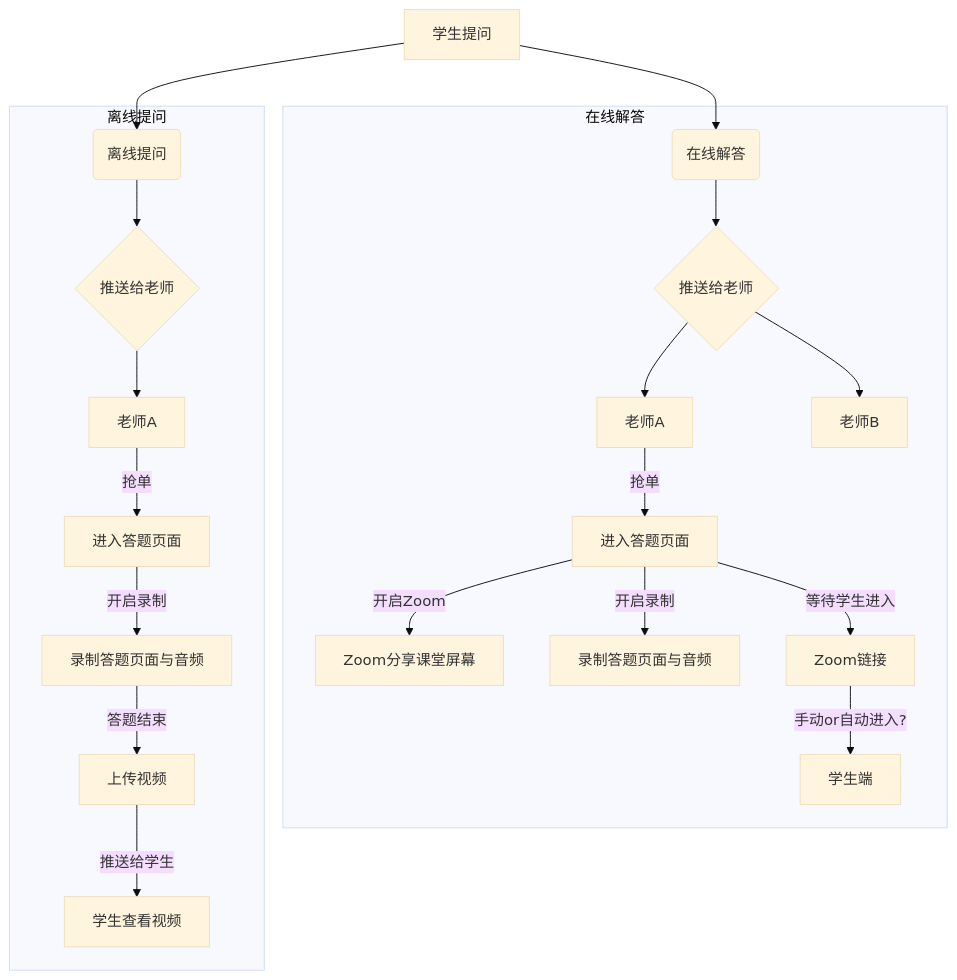
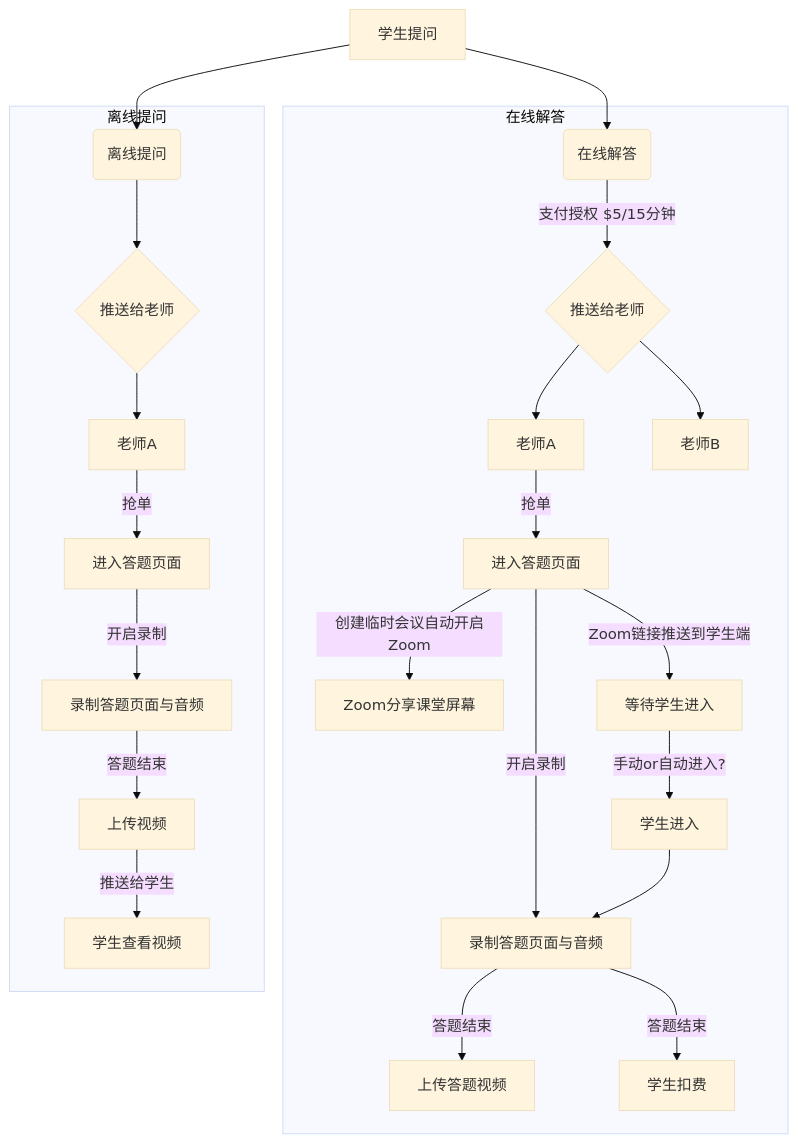
The diagram in main/ask.md (zran-nz/doc), drawn with Mermaid (base theme) before and after one commit. The commit also changed other lines of this file, not shown here.

````diff
--- a/main/ask.md
+++ b/main/ask.md
@@ -3,24 +27,27 @@
 ```mermaid
 graph TD
 A[学生提问] --> B(在线解答)
 A --> B2(离线提问)
 subgraph 在线解答
-B --> P{推送给老师}
+B -->|支付授权 $5/15分钟| P{推送给老师}
 P --> T1[老师A]
 P --> T2[老师B]
 T1 -->|抢单| C[进入答题页面]
-C -->|开启Zoom| Z[Zoom分享课堂屏幕]
+C -->|创建临时会议自动开启Zoom| Z[Zoom分享课堂屏幕]
+C -->|Zoom链接推送到学生端| Z3[等待学生进入]
+Z3 -->|手动or自动进入?| S1[学生进入]
 C -->|开启录制| Z2[录制答题页面与音频]
-C -->|等待学生进入| Z3[Zoom链接]
-Z3 -->|手动or自动进入?| S1[学生端]
+S1 --> Z2
+Z2 -->|答题结束| UpZ[上传答题视频]
+Z2 -->|答题结束| SPay[学生扣费]
 end
 
 subgraph 离线提问
 B2 --> P2{推送给老师}
 P2 --> T3[老师A]
 T3 -->|抢单| C2[进入答题页面]
 C2 -->|开启录制| Z20[录制答题页面与音频]
 Z20 -->|答题结束| Up[上传视频]
 Up -->|推送给学生| S0[学生查看视频] 
 end
 ```
````
